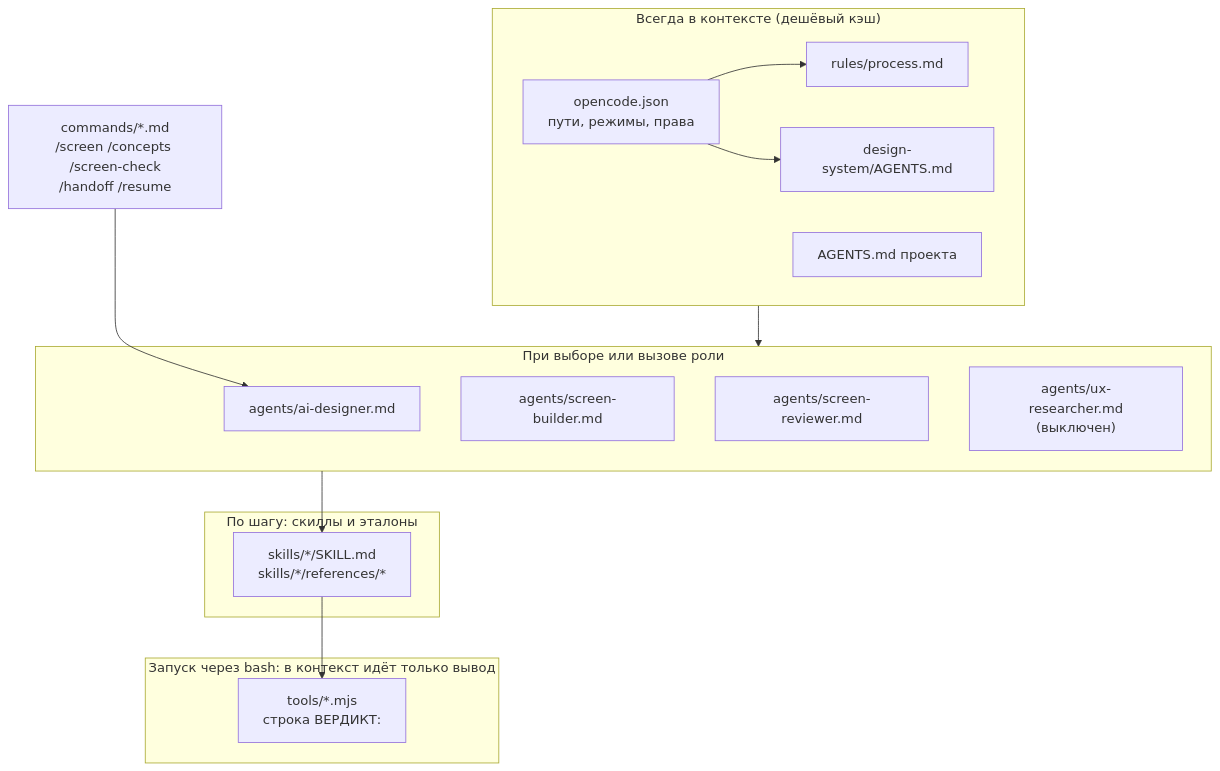
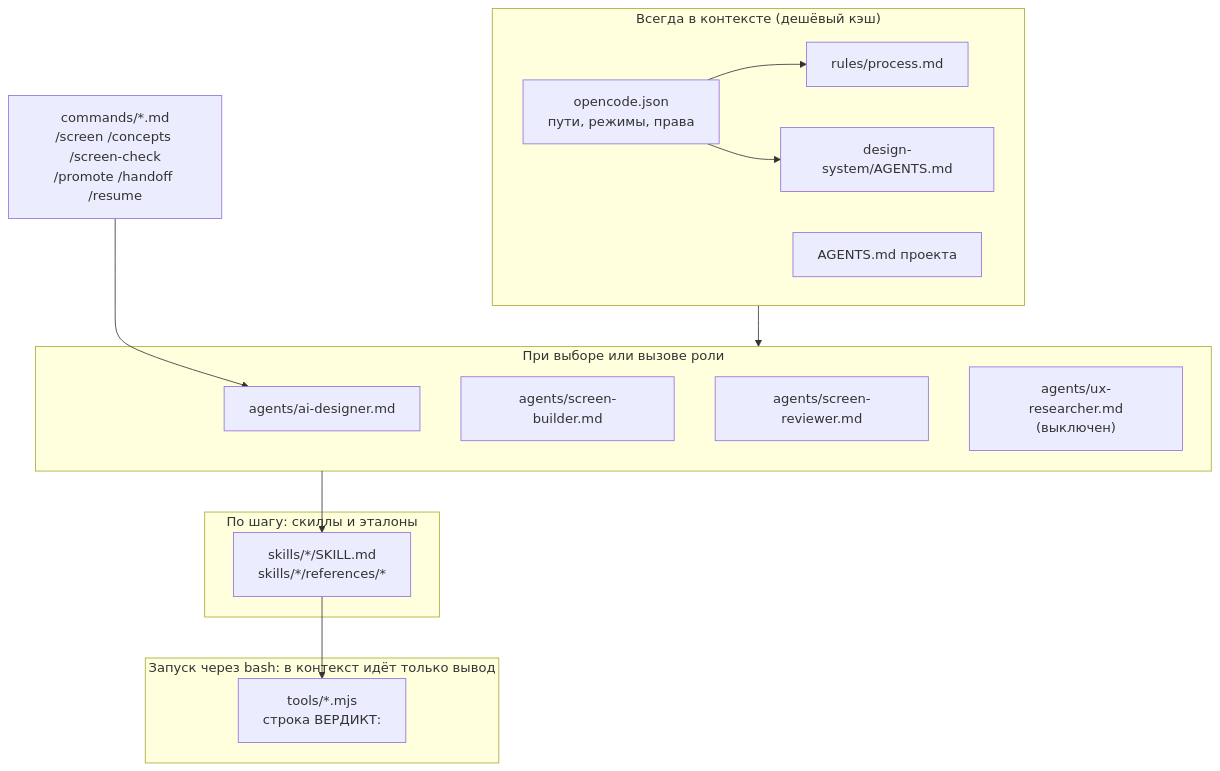
The first of 4 diagrams in .agents/README.md (sarosekml/ibp-design-project), drawn with Mermaid before and after one commit. The commit also changed other lines of this file and 968 other files, not shown here.

Commit message:
Модульная структура apps: плоская раскладка data/pages/refs/widgets вместо вложенных features, README для каждого приложения, команда /promote и инструменты assemble/module-readme в .agents, обновление screen-spec

````diff
--- a/.agents/README.md
+++ b/.agents/README.md
@@ -97,29 +97,29 @@
 ```mermaid
 flowchart TB
     subgraph ALWAYS["Всегда в контексте (дешёвый кэш)"]
         CFG["opencode.json<br/>пути, режимы, права"]
         AG["AGENTS.md проекта"]
         RULES["rules/process.md"]
         DSR["design-system/AGENTS.md"]
     end
     subgraph ROLE["При выборе или вызове роли"]
         A1["agents/ai-designer.md"]
         A2["agents/screen-builder.md"]
         A3["agents/screen-reviewer.md"]
         A4["agents/ux-researcher.md<br/>(выключен)"]
     end
     subgraph ONDEMAND["По шагу: скиллы и эталоны"]
         S["skills/*/SKILL.md<br/>skills/*/references/*"]
     end
     subgraph TOOLS["Запуск через bash: в контекст идёт только вывод"]
         T["tools/*.mjs<br/>строка ВЕРДИКТ:"]
     end
-    CMD["commands/*.md<br/>/screen /concepts /screen-check<br/>/handoff /resume"]
+    CMD["commands/*.md<br/>/screen /concepts /screen-check<br/>/promote /handoff /resume"]
 
     CFG --> RULES
     CFG --> DSR
     ALWAYS --> ROLE
     CMD --> A1
     ROLE --> S
     S --> T
 ```
````
